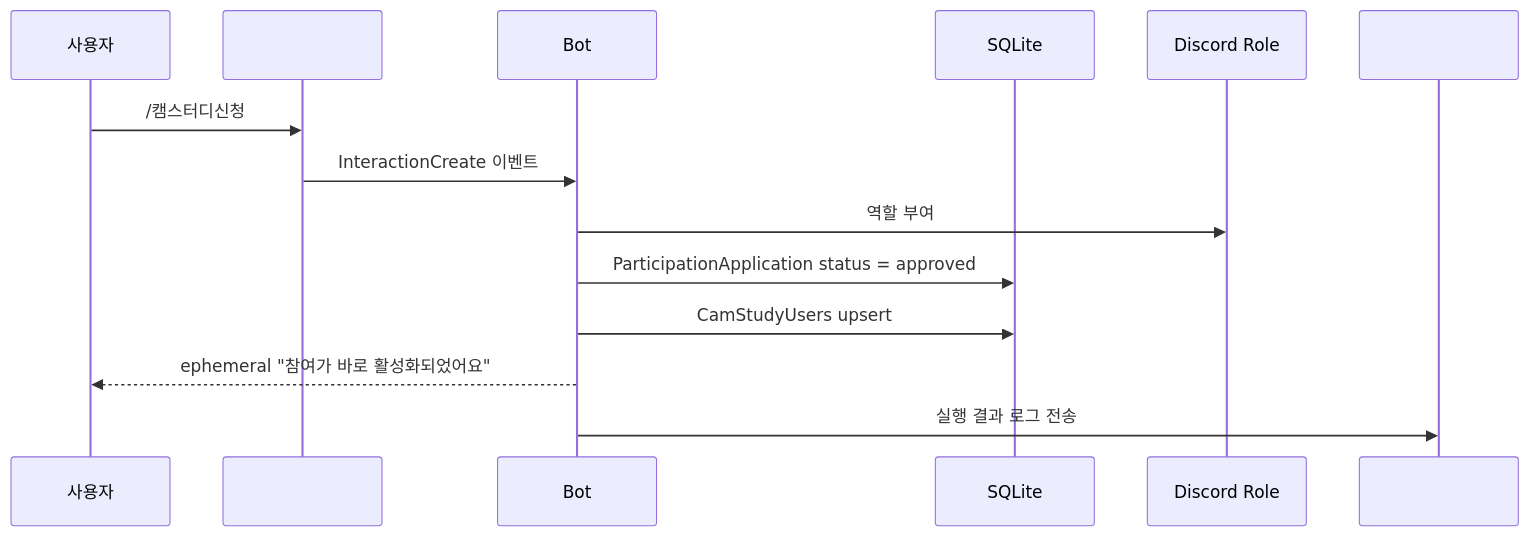
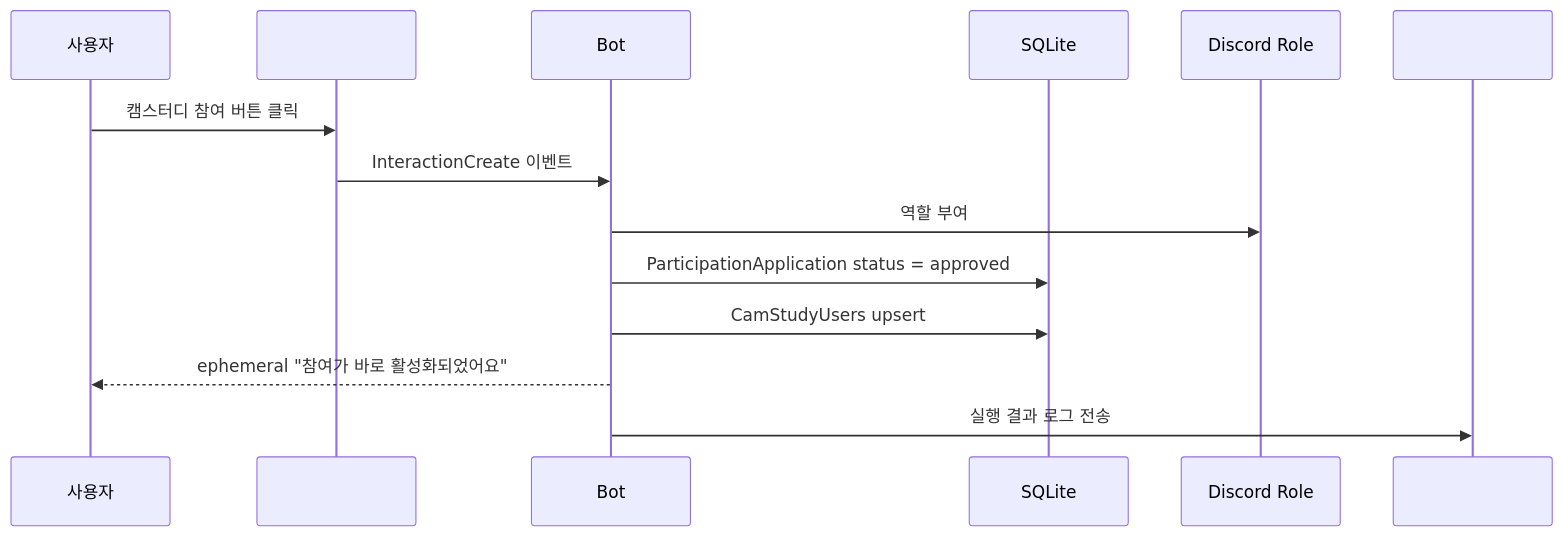
One commit to honki12345/haruharu-discord-bot changed the second of 20 diagrams in docs/USER_STORIES.md. Above: the diagram before and after it, drawn with Mermaid. The commit also changed other lines of this file and 11 other files, not shown here.

````diff
--- a/docs/USER_STORIES.md
+++ b/docs/USER_STORIES.md
@@ -55,17 +56,17 @@
 ```mermaid
 sequenceDiagram
     participant U as 사용자
     participant A as #start-here
     participant B as Bot
     participant DB as SQLite
     participant D as Discord Role
     participant T as #test
 
-    U->>A: /캠스터디신청
+    U->>A: 캠스터디 참여 버튼 클릭
     A->>B: InteractionCreate 이벤트
     B->>D: 역할 부여
     B->>DB: ParticipationApplication status = approved
     B->>DB: CamStudyUsers upsert
     B-->>U: ephemeral "참여가 바로 활성화되었어요"
     B->>T: 실행 결과 로그 전송
 ```
````
